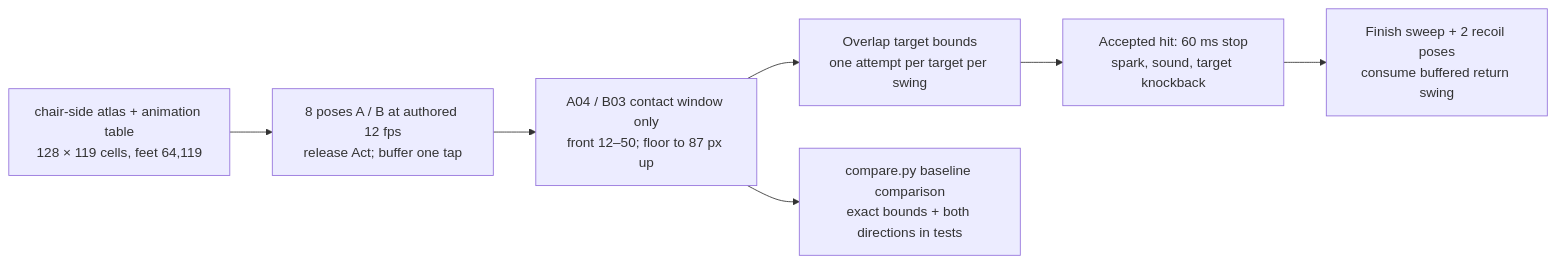
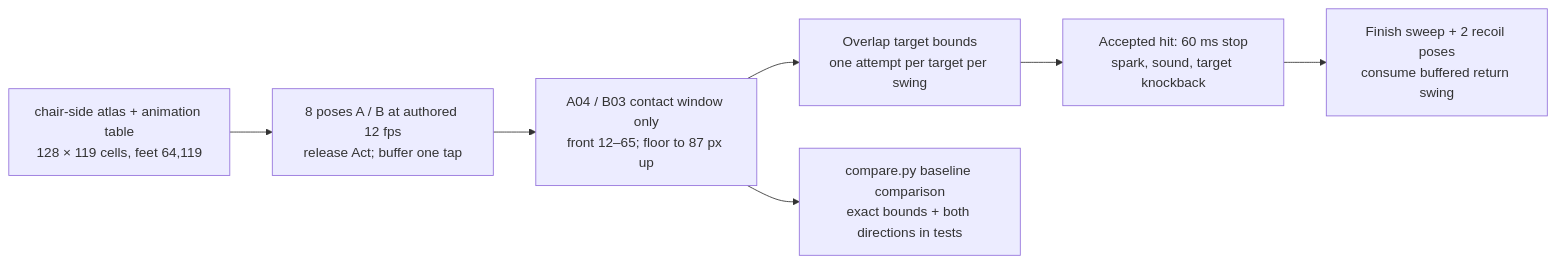
Before and after one commit to THD-AI/WinCS: the third of 5 diagrams in docs/02-GAME-DESIGN.md, drawn with Mermaid. The commit also changed other lines of this file and 6 other files, not shown here.

````diff
--- a/docs/02-GAME-DESIGN.md
+++ b/docs/02-GAME-DESIGN.md
@@ -165,9 +165,9 @@
 ```mermaid
 flowchart LR
   IN["chair-side atlas + animation table<br/>128 × 119 cells, feet 64,119"] --> POSE["8 poses A / B at authored 12 fps<br/>release Act; buffer one tap"]
-  POSE --> MASK["A04 / B03 contact window only<br/>front 12–50; floor to 87 px up"]
+  POSE --> MASK["A04 / B03 contact window only<br/>front 12–65; floor to 87 px up"]
   MASK --> HIT["Overlap target bounds<br/>one attempt per target per swing"]
   HIT --> FX["Accepted hit: 60 ms stop<br/>spark, sound, target knockback"]
   FX --> OUT["Finish sweep + 2 recoil poses<br/>consume buffered return swing"]
   MASK --> CHECK["compare.py baseline comparison<br/>exact bounds + both directions in tests"]
 ```
````
